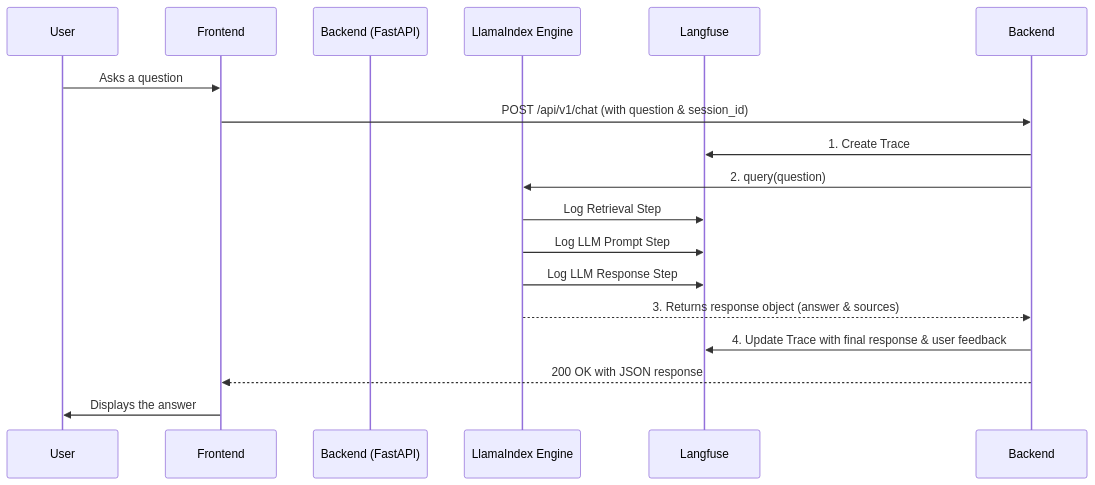
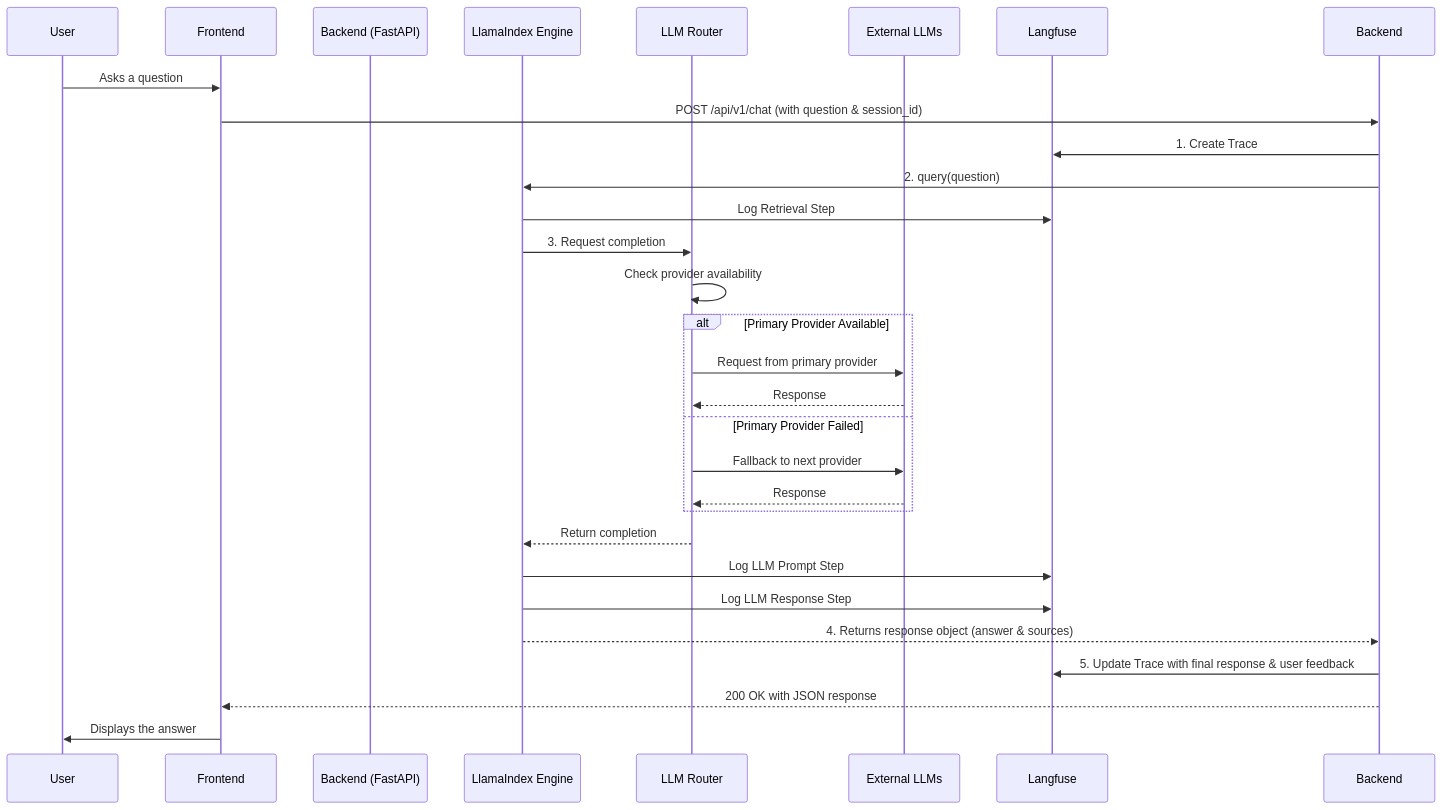
Before and after one commit to aemreusta/rag-api-for-docs: the diagram in docs/diagrams/sequence_flow.mmd, drawn with Mermaid. The commit also changed 7 other files, not shown here.

First line of the commit message:
feat(llm-router): implement priority-based LLM provider routing with fallback mechanisms

```diff
--- a/docs/diagrams/sequence_flow.mmd
+++ b/docs/diagrams/sequence_flow.mmd
@@ -1,22 +1,38 @@
 sequenceDiagram
     participant User
     participant Frontend
     participant Backend (FastAPI)
     participant LlamaIndex Engine
+    participant LLM Router
+    participant External LLMs
     participant Langfuse
 
     User->>Frontend: Asks a question
     Frontend->>Backend: POST /api/v1/chat (with question & session_id)
     
     Backend->>Langfuse: 1. Create Trace
     
     Backend->>LlamaIndex Engine: 2. query(question)
     LlamaIndex Engine->>Langfuse: Log Retrieval Step
+    
+    LlamaIndex Engine->>LLM Router: 3. Request completion
+    LLM Router->>LLM Router: Check provider availability
+    
+    alt Primary Provider Available
+        LLM Router->>External LLMs: Request from primary provider
+        External LLMs-->>LLM Router: Response
+    else Primary Provider Failed
+        LLM Router->>External LLMs: Fallback to next provider
+        External LLMs-->>LLM Router: Response
+    end
+    
+    LLM Router-->>LlamaIndex Engine: Return completion
+    
     LlamaIndex Engine->>Langfuse: Log LLM Prompt Step
     LlamaIndex Engine->>Langfuse: Log LLM Response Step
-    LlamaIndex Engine-->>Backend: 3. Returns response object (answer & sources)
+    LlamaIndex Engine-->>Backend: 4. Returns response object (answer & sources)
     
-    Backend->>Langfuse: 4. Update Trace with final response & user feedback
+    Backend->>Langfuse: 5. Update Trace with final response & user feedback
     
     Backend-->>Frontend: 200 OK with JSON response
     Frontend->>User: Displays the answer 
```
